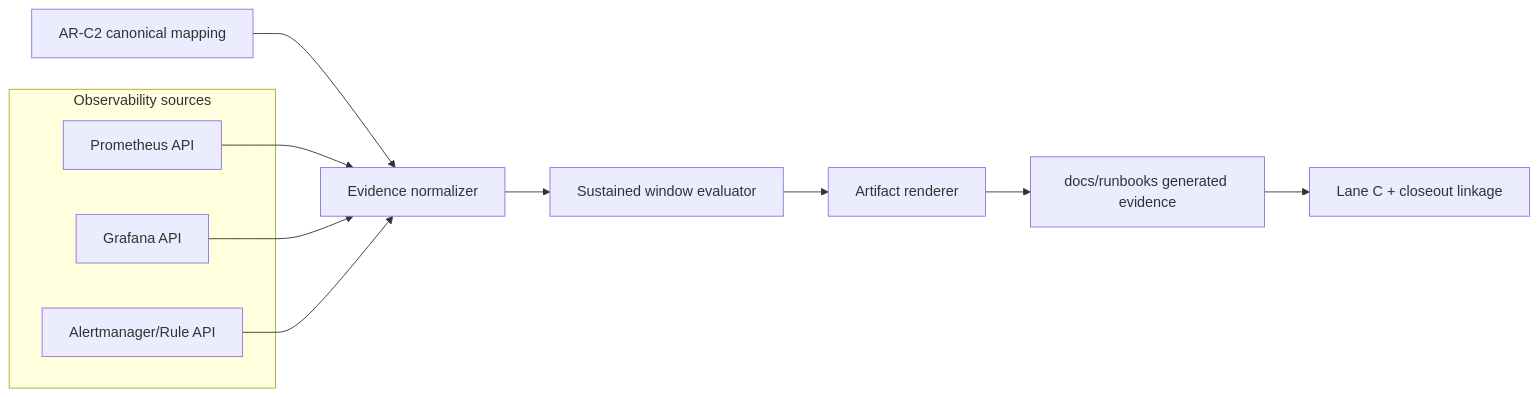
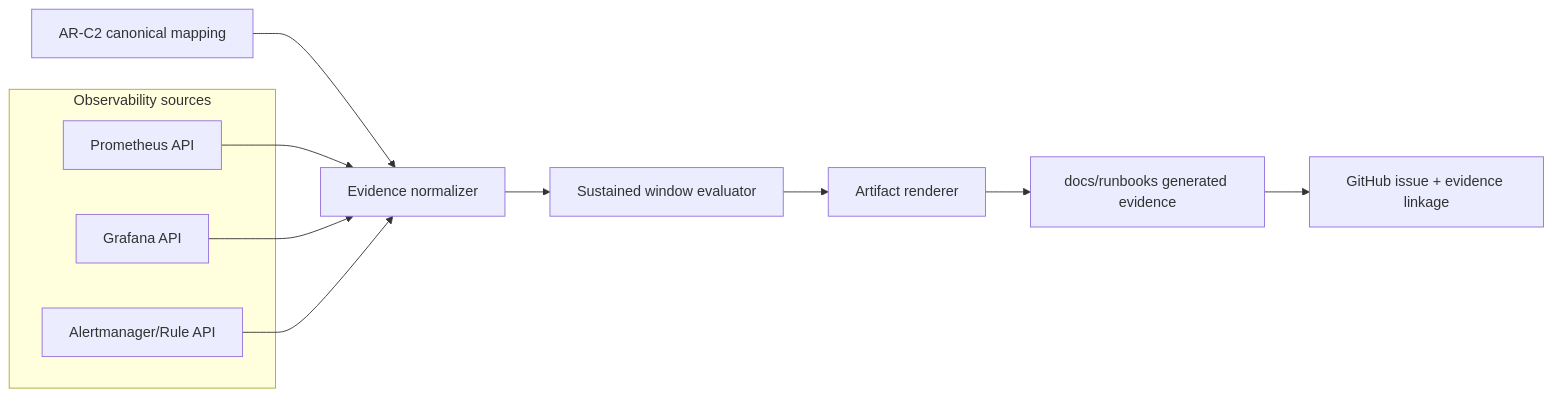
One commit to dunay2/dvt changed the first of 2 diagrams in docs/guides/ar-c2-automated-evidence-technical-manual-20260404.md. Above: the diagram before and after it, drawn with Mermaid. The commit also changed other lines of this file and 505 other files, not shown here.

````diff
--- a/docs/guides/ar-c2-automated-evidence-technical-manual-20260404.md
+++ b/docs/guides/ar-c2-automated-evidence-technical-manual-20260404.md
@@ -37,18 +37,18 @@
 ```mermaid
 flowchart LR
   subgraph Sources["Observability sources"]
     Prom["Prometheus API"]
     Graf["Grafana API"]
     Alert["Alertmanager/Rule API"]
   end
 
   Mapping["AR-C2 canonical mapping"] --> Normalize["Evidence normalizer"]
   Prom --> Normalize
   Graf --> Normalize
   Alert --> Normalize
 
   Normalize --> Eval["Sustained window evaluator"]
   Eval --> Render["Artifact renderer"]
   Render --> Store["docs/runbooks generated evidence"]
-  Store --> Lane["Lane C + closeout linkage"]
+  Store --> Issue["GitHub issue + evidence linkage"]
 ```
````
